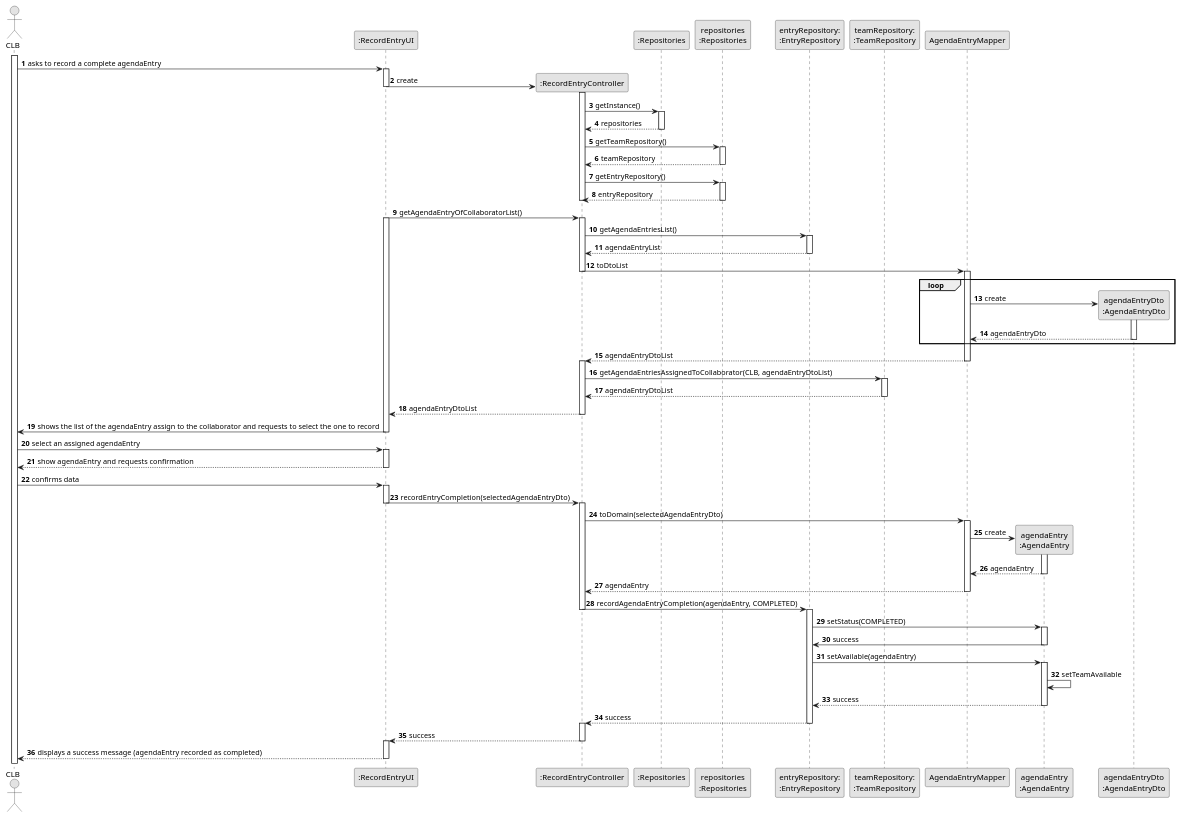
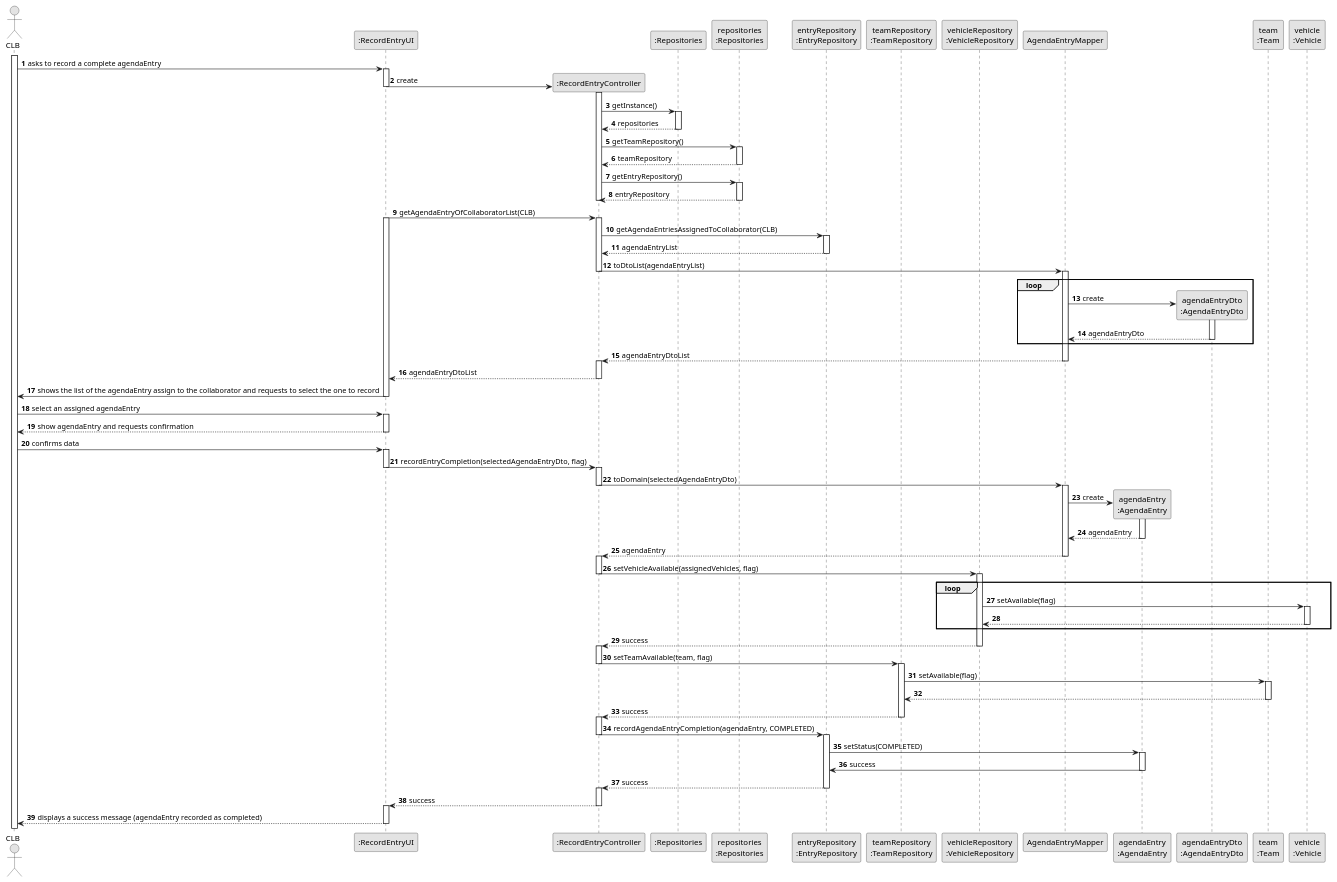
One commit to ricardomm7/leaflink changed the diagram in docs/sprintC/us029/03.design/puml/us029-sequence-diagram-full.puml. Above: the diagram before and after it, drawn with PlantUML. The commit also changed 11 other files, not shown here.

```diff
--- a/docs/sprintC/us029/03.design/puml/us029-sequence-diagram-full.puml
+++ b/docs/sprintC/us029/03.design/puml/us029-sequence-diagram-full.puml
@@ -1,146 +1,172 @@
 @startuml
 skinparam monochrome true
 skinparam packageStyle rectangle
 skinparam shadowing false
 
 autonumber
 
 actor "CLB" as CLB
 participant ":RecordEntryUI" as UI
 participant ":RecordEntryController" as CTRL
 participant ":Repositories" as RepositorySingleton
 participant "repositories\n:Repositories" as PLAT
-participant "entryRepository:\n:EntryRepository" as EntryRepo
-participant "teamRepository:\n:TeamRepository" as TeamRepo
+participant "entryRepository\n:EntryRepository" as EntryRepo
+participant "teamRepository\n:TeamRepository" as TeamRepo
+participant "vehicleRepository\n:VehicleRepository" as vehicleRepo
 participant "AgendaEntryMapper" as EntryMapper
 participant "agendaEntry\n:AgendaEntry" as AgendaEntry
 participant "agendaEntryDto\n:AgendaEntryDto" as agendaEntryDto
+participant "team\n:Team" as team
+participant "vehicle\n:Vehicle" as vehicle
 
 
 activate CLB
 
     CLB -> UI : asks to record a complete agendaEntry
     activate UI
 
         UI -> CTRL** : create
         deactivate UI
         activate CTRL
 
             CTRL -> RepositorySingleton: getInstance()
             activate RepositorySingleton
 
                 RepositorySingleton --> CTRL: repositories
             deactivate RepositorySingleton
 
             CTRL -> PLAT : getTeamRepository()
             activate PLAT
 
                 PLAT --> CTRL: teamRepository
             deactivate PLAT
 
             CTRL -> PLAT : getEntryRepository()
             activate PLAT
 
                 PLAT --> CTRL: entryRepository
             deactivate PLAT
 
 
         deactivate CTRL
 
-        UI -> CTRL: getAgendaEntryOfCollaboratorList()
+        UI -> CTRL: getAgendaEntryOfCollaboratorList(CLB)
         activate UI
         activate CTRL
 
-            CTRL -> EntryRepo: getAgendaEntriesList()
+            CTRL -> EntryRepo: getAgendaEntriesAssignedToCollaborator(CLB)
             activate EntryRepo
+
 
             EntryRepo --> CTRL: agendaEntryList
             deactivate EntryRepo
 
-            CTRL -> EntryMapper: toDtoList
+            CTRL -> EntryMapper: toDtoList(agendaEntryList)
             deactivate CTRL
             activate EntryMapper
 
             loop
 
                 EntryMapper -> agendaEntryDto**: create
                 activate agendaEntryDto
 
                 agendaEntryDto --> EntryMapper: agendaEntryDto
                 deactivate agendaEntryDto
 
             end loop
 
             EntryMapper --> CTRL: agendaEntryDtoList
             deactivate EntryMapper
             activate CTRL
 
-            CTRL -> TeamRepo: getAgendaEntriesAssignedToCollaborator(CLB, agendaEntryDtoList)
-            activate TeamRepo
 
-
-                TeamRepo --> CTRL: agendaEntryDtoList
-            deactivate TeamRepo
 
         CTRL --> UI : agendaEntryDtoList
         deactivate CTRL
 
         UI -> CLB : shows the list of the agendaEntry assign to the collaborator and requests to select the one to record
     deactivate UI
 
     CLB -> UI : select an assigned agendaEntry
     activate UI
 
         UI --> CLB : show agendaEntry and requests confirmation
     deactivate UI
 
     CLB -> UI : confirms data
     activate UI
 
-        UI -> CTRL : recordEntryCompletion(selectedAgendaEntryDto)
+        UI -> CTRL : recordEntryCompletion(selectedAgendaEntryDto, flag)
         deactivate UI
         activate CTRL
 
             CTRL -> EntryMapper : toDomain(selectedAgendaEntryDto)
+            deactivate CTRL
             activate EntryMapper
 
                 EntryMapper -> AgendaEntry** : create
                 activate AgendaEntry
 
                 AgendaEntry --> EntryMapper : agendaEntry
                 deactivate AgendaEntry
 
                 EntryMapper --> CTRL : agendaEntry
             deactivate EntryMapper
+            activate CTRL
+
+            CTRL -> vehicleRepo: setVehicleAvailable(assignedVehicles, flag)
+            deactivate CTRL
+            activate vehicleRepo
+
+                loop
+                vehicleRepo -> vehicle: setAvailable(flag)
+                activate vehicle
+
+                vehicle--> vehicleRepo
+                deactivate vehicle
+                end loop
+
+            vehicleRepo --> CTRL: success
+            deactivate vehicleRepo
+            activate CTRL
+
+            CTRL -> TeamRepo: setTeamAvailable(team, flag)
+            deactivate CTRL
+            activate TeamRepo
+
+                TeamRepo -> team: setAvailable(flag)
+                activate team
+
+                team --> TeamRepo
+                deactivate team
+
+            TeamRepo --> CTRL: success
+            deactivate TeamRepo
+            activate CTRL
 
             CTRL -> EntryRepo : recordAgendaEntryCompletion(agendaEntry, COMPLETED)
             deactivate CTRL
             activate EntryRepo
 
                 EntryRepo -> AgendaEntry : setStatus(COMPLETED)
                 activate AgendaEntry
 
                 AgendaEntry -> EntryRepo : success
                 deactivate AgendaEntry
 
-                EntryRepo -> AgendaEntry : setAvailable(agendaEntry)
-                activate AgendaEntry
 
-                AgendaEntry -> AgendaEntry : setTeamAvailable
-
-                AgendaEntry --> EntryRepo : success
                 deactivate AgendaEntry
 
 
             EntryRepo --> CTRL : success
             deactivate EntryRepo
             activate CTRL
 
             CTRL --> UI : success
         deactivate CTRL
         activate UI
 
         UI --> CLB : displays a success message (agendaEntry recorded as completed)
     deactivate UI
 
 @enduml
```
